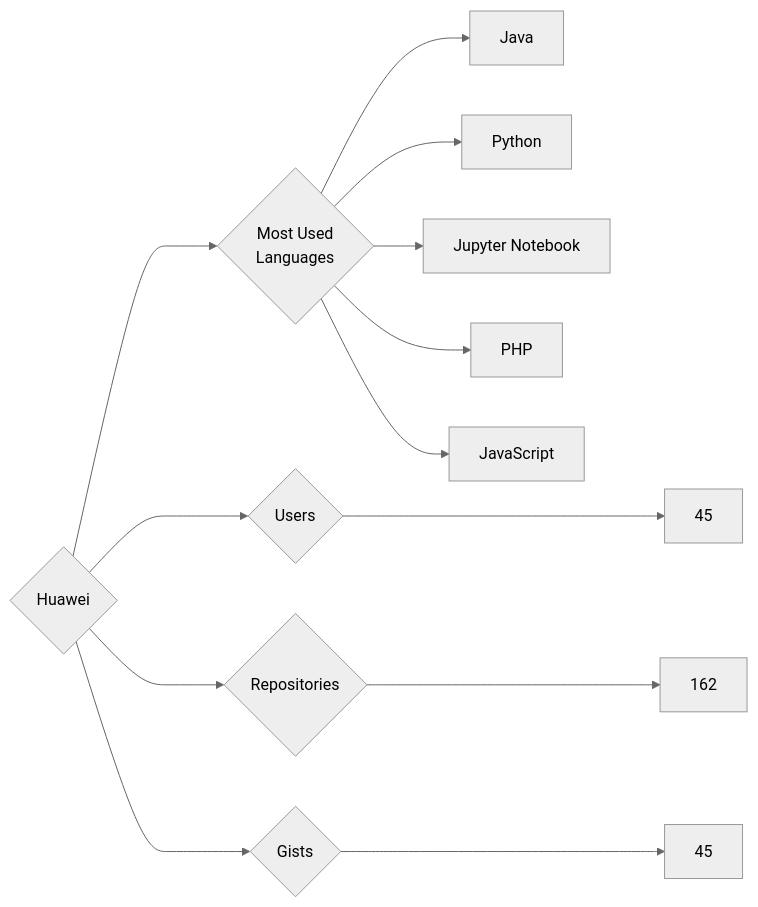
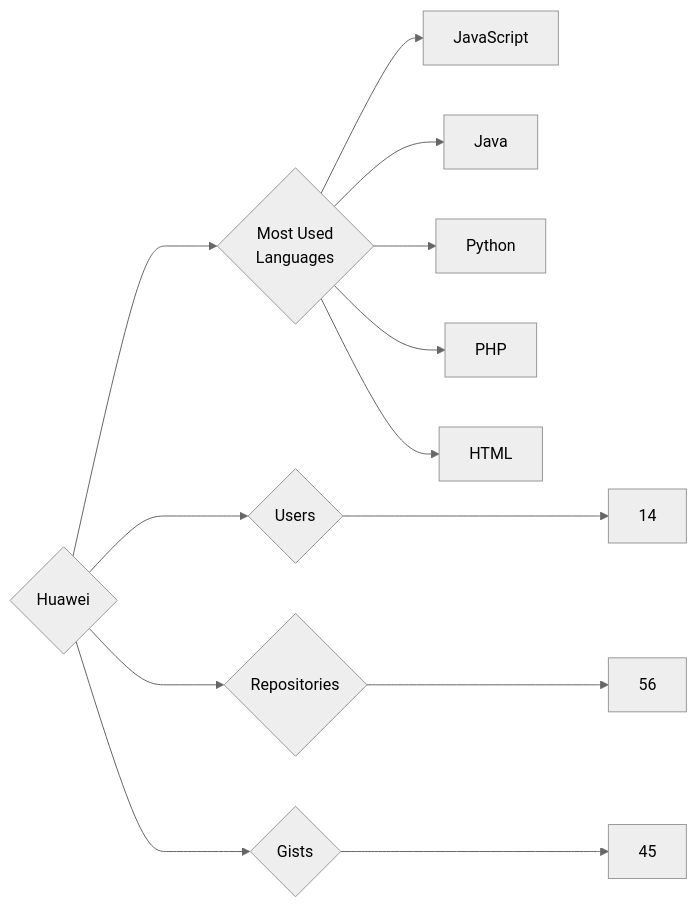
One commit to trickest/insiders changed the diagram in targets/Huawei/README.md. Above: the diagram before and after it, drawn with Mermaid (neutral theme). The commit also changed 899 other files, not shown here.

````diff
--- a/targets/Huawei/README.md
+++ b/targets/Huawei/README.md
@@ -3,13 +3,13 @@
 ```mermaid
 graph LR
 COMPANY_NAME{Huawei}
-COMPANY_NAME ---> U{Users} ---> UN[45]
-COMPANY_NAME ---> R{Repositories} ---> RN[162]
+COMPANY_NAME ---> U{Users} ---> UN[14]
+COMPANY_NAME ---> R{Repositories} ---> RN[56]
 COMPANY_NAME ---> G{Gists} ---> GN[45]
 COMPANY_NAME ---> ML{Most Used<br>Languages}
+ML --> JavaScript[JavaScript]
 ML --> Java[Java]
 ML --> Python[Python]
-ML --> Jupyter_Notebook[Jupyter Notebook]
 ML --> PHP[PHP]
-ML --> JavaScript[JavaScript]
+ML --> HTML[HTML]
 ```
````
